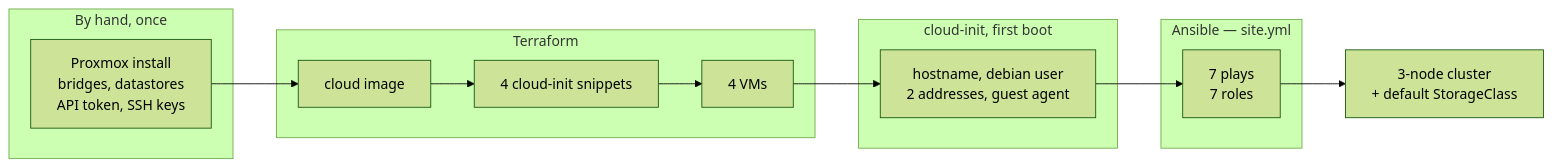
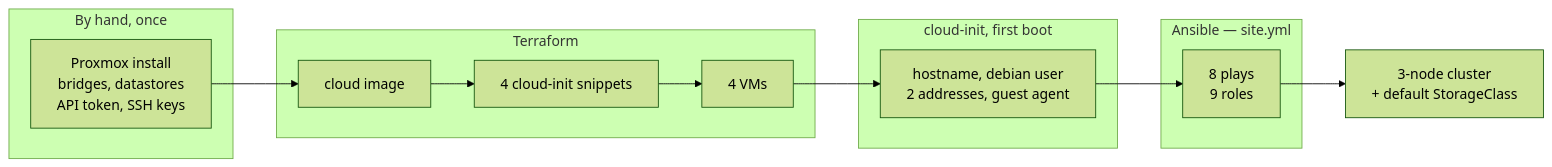
The first of 7 diagrams in docs/provisioning.md (TheElysium/homelab), drawn with Mermaid (forest theme) before and after one commit. The commit also changed other lines of this file and 15 other files, not shown here.

````diff
--- a/docs/provisioning.md
+++ b/docs/provisioning.md
@@ -11,22 +11,22 @@
 ```mermaid
 flowchart LR
     subgraph MANUAL["By hand, once"]
         PVE["Proxmox install<br/>bridges, datastores<br/>API token, SSH keys"]
     end
 
     subgraph TF["Terraform"]
         IMG["cloud image"]
         SNIP["4 cloud-init snippets"]
         VM["4 VMs"]
     end
 
     subgraph CI["cloud-init, first boot"]
         BOOT["hostname, debian user<br/>2 addresses, guest agent"]
     end
 
     subgraph ANS["Ansible — site.yml"]
-        PLAYS["7 plays<br/>7 roles"]
+        PLAYS["8 plays<br/>9 roles"]
     end
 
     PVE --> IMG --> SNIP --> VM --> BOOT --> PLAYS --> OUT["3-node cluster<br/>+ default StorageClass"]
 ```
````
